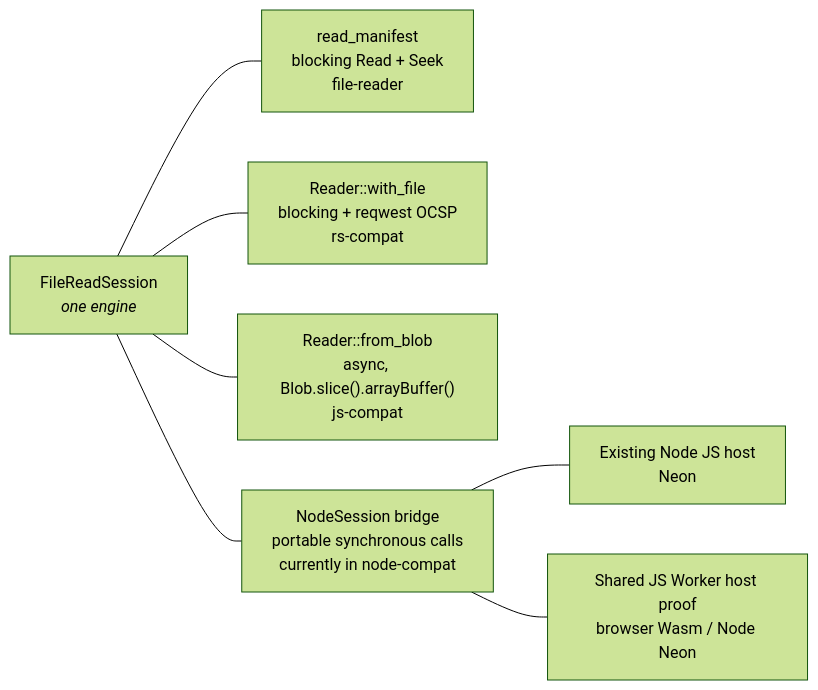
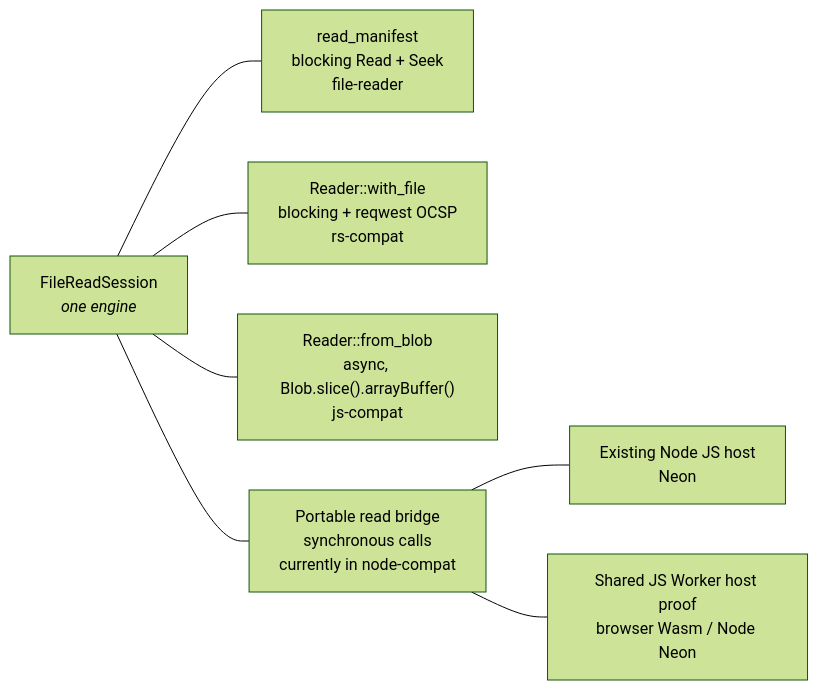
Before and after one commit to scouten/state-machine-experiment: the third of 3 diagrams in docs/walkthrough/03-read-path.md, drawn with Mermaid (forest theme). The commit also changed 21 other files, not shown here.

````diff
--- a/docs/walkthrough/03-read-path.md
+++ b/docs/walkthrough/03-read-path.md
@@ -91,10 +91,10 @@
 ```mermaid
 flowchart LR
     S["FileReadSession<br/><i>one engine</i>"]
     S --- H1["read_manifest<br/>blocking Read + Seek<br/>file-reader"]
     S --- H2["Reader::with_file<br/>blocking + reqwest OCSP<br/>rs-compat"]
     S --- H3["Reader::from_blob<br/>async, Blob.slice().arrayBuffer()<br/>js-compat"]
-    S --- H4["NodeSession bridge<br/>portable synchronous calls<br/>currently in node-compat"]
+    S --- H4["Portable read bridge<br/>synchronous calls<br/>currently in node-compat"]
     H4 --- N["Existing Node JS host<br/>Neon"]
     H4 --- W["Shared JS Worker host proof<br/>browser Wasm / Node Neon"]
 ```
````
